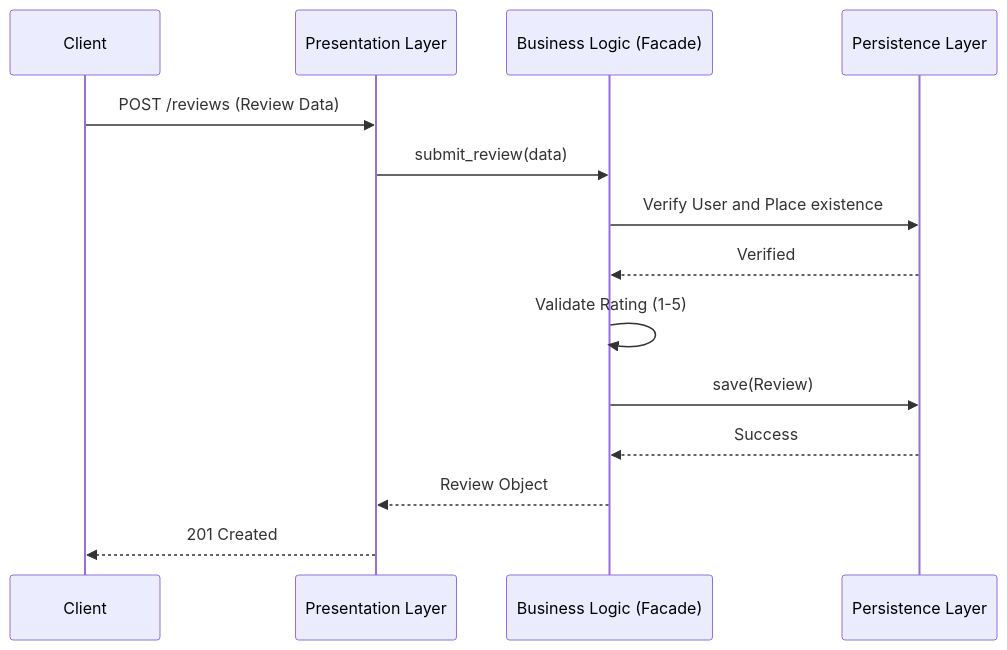
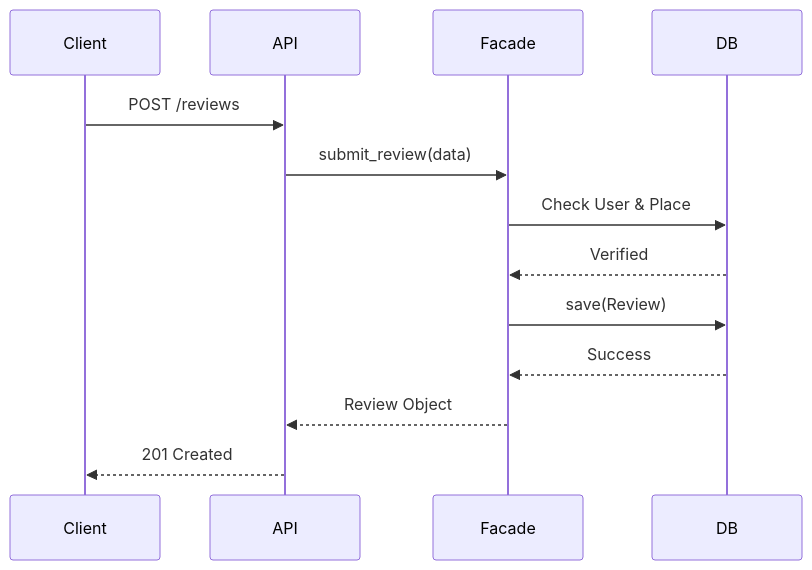
The fifth of 6 diagrams in part1/README.md (mammadovs/holbertonschool-hbnb), drawn with Mermaid before and after one commit. The commit also changed other lines of this file, not shown here.

````diff
--- a/part1/README.md
+++ b/part1/README.md
@@ -143,17 +123,15 @@
 ```mermaid
 sequenceDiagram
-    participant Client
-    participant API as Presentation Layer
-    participant Facade as Business Logic (Facade)
-    participant DB as Persistence Layer
-
-    Client->>API: POST /reviews (Review Data)
-    API->>Facade: submit_review(data)
-    Facade->>DB: Verify User and Place existence
-    DB-->>Facade: Verified
-    Facade->>Facade: Validate Rating (1-5)
-    Facade->>DB: save(Review)
-    DB-->>Facade: Success
-    Facade-->>API: Review Object
-    API-->>Client: 201 Created
+    participant C as Client
+    participant A as API
+    participant F as Facade
+    participant D as DB
+    C->>A: POST /reviews
+    A->>F: submit_review(data)
+    F->>D: Check User & Place
+    D-->>F: Verified
+    F->>D: save(Review)
+    D-->>F: Success
+    F-->>A: Review Object
+    A-->>C: 201 Created
 ```
````
